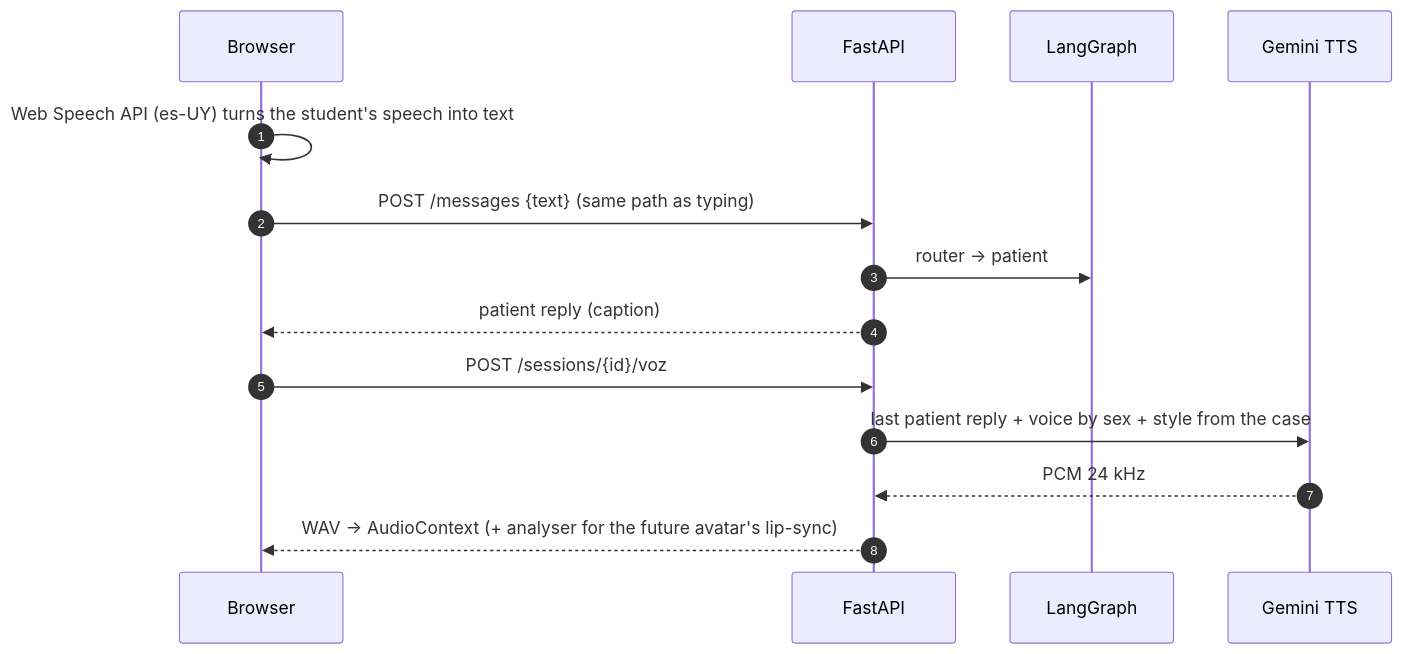
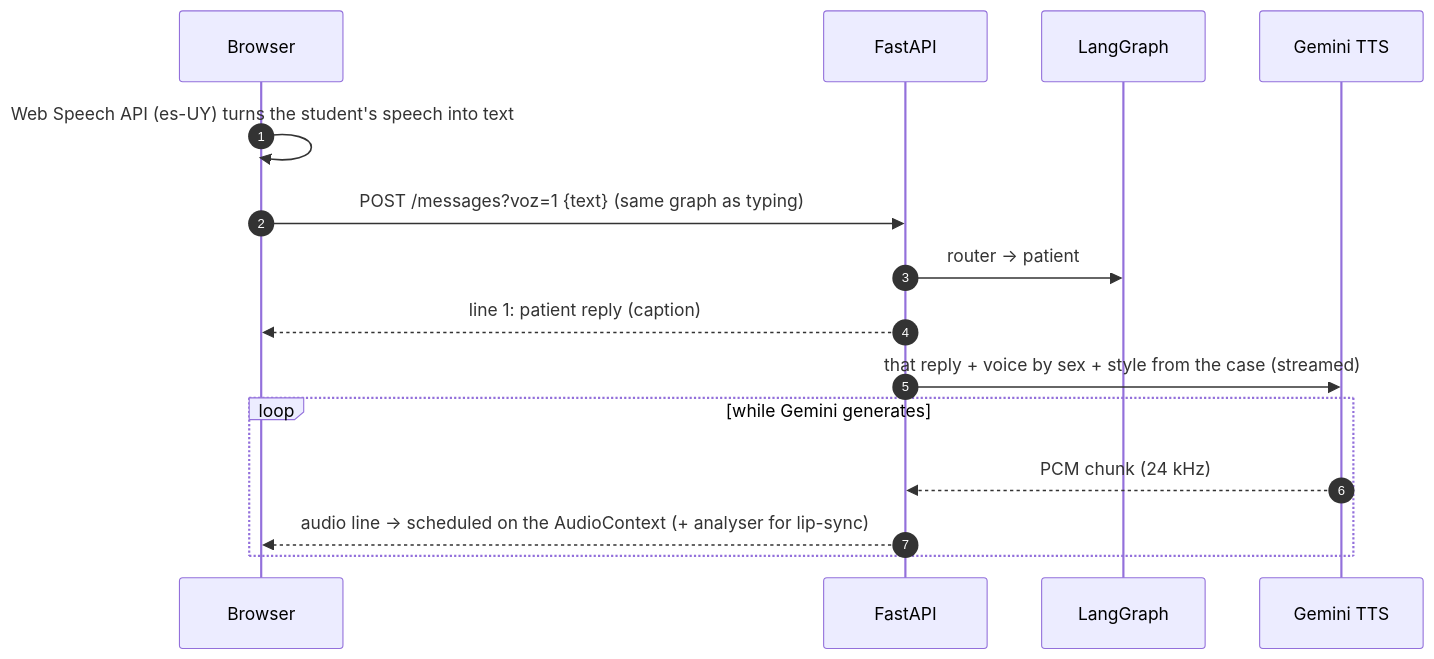
One commit to Jaco25PL/chiron changed the fifth of 5 diagrams in ARCHITECTURE.md. Above: the diagram before and after it, drawn with Mermaid. The commit also changed other lines of this file and 13 other files, not shown here.

First line of the commit message:
Stream the patient's voice with the reply in the face-to-face call

````diff
--- a/ARCHITECTURE.md
+++ b/ARCHITECTURE.md
@@ -123,16 +123,17 @@
 ```mermaid
 sequenceDiagram
     autonumber
     participant B as Browser
     participant A as FastAPI
     participant G as LangGraph
     participant T as Gemini TTS
     B->>B: Web Speech API (es-UY) turns the student's speech into text
-    B->>A: POST /messages {text}  (same path as typing)
+    B->>A: POST /messages?voz=1 {text}  (same graph as typing)
     A->>G: router → patient
-    A-->>B: patient reply (caption)
-    B->>A: POST /sessions/{id}/voz
-    A->>T: last patient reply + voice by sex + style from the case
-    T-->>A: PCM 24 kHz
-    A-->>B: WAV → AudioContext (+ analyser for the future avatar's lip-sync)
+    A-->>B: line 1: patient reply (caption)
+    A->>T: that reply + voice by sex + style from the case (streamed)
+    loop while Gemini generates
+        T-->>A: PCM chunk (24 kHz)
+        A-->>B: audio line → scheduled on the AudioContext (+ analyser for lip-sync)
+    end
 ```
````
